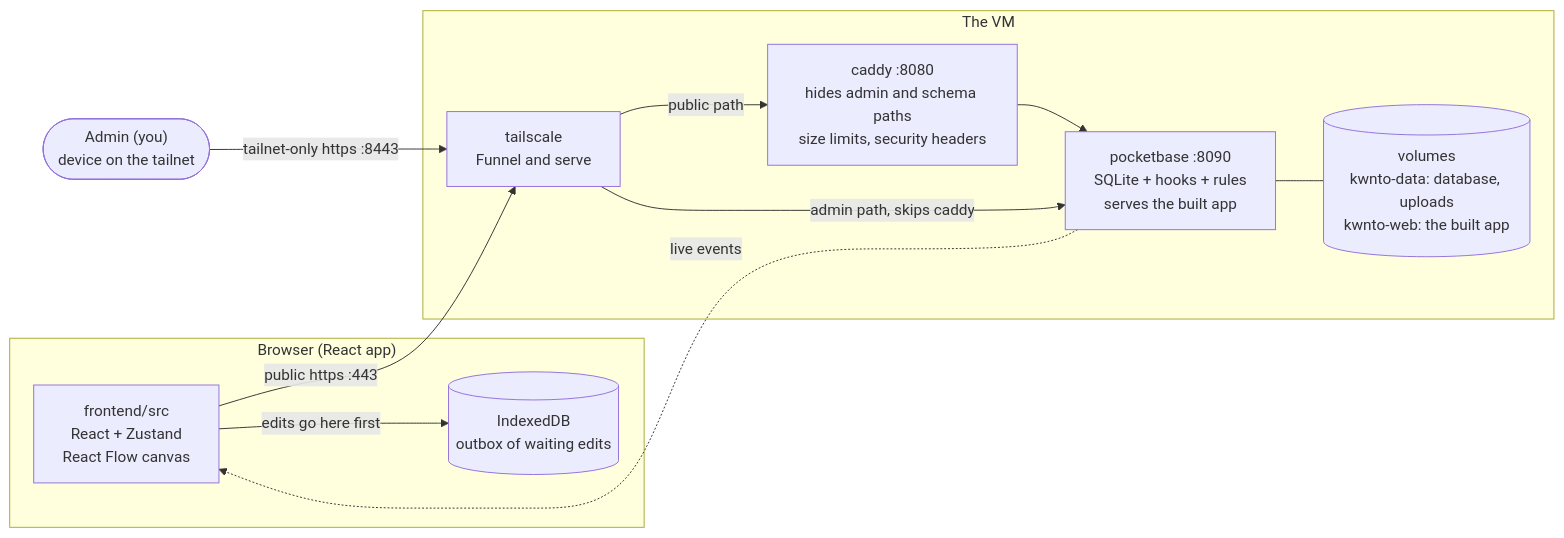
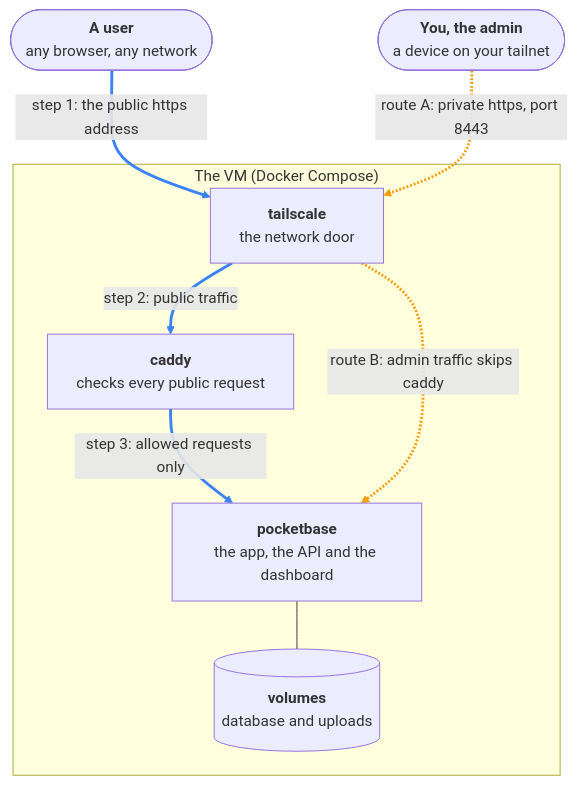
One commit to rvenkng-coder/KWNTO-code changed the first of 3 diagrams in docs/developer/architecture.md. Above: the diagram before and after it, drawn with Mermaid. The commit also changed other lines of this file, not shown here.

Commit message:
docs: draw the system from the user's and the admin's side
The system diagram now shows the two routes in different colours: a user's
requests always pass tailscale and caddy before reaching pocketbase; the
admin's route on port 8443 goes straight to pocketbase. A second diagram shows
what caddy decides for each public request. Both rendered to check them.

````diff
--- a/docs/developer/architecture.md
+++ b/docs/developer/architecture.md
@@ -7,22 +9,24 @@
 ```mermaid
-flowchart LR
-  subgraph Browser["Browser (React app)"]
-    UI["frontend/src<br/>React + Zustand<br/>React Flow canvas"]
-    OB[("IndexedDB<br/>outbox of waiting edits")]
+flowchart TB
+  User(["<b>A user</b><br/>any browser, any network"])
+  Admin(["<b>You, the admin</b><br/>a device on your tailnet"])
+
+  subgraph VM["The VM (Docker Compose)"]
+    TS["<b>tailscale</b><br/>the network door"]
+    CD["<b>caddy</b><br/>checks every public request"]
+    PB["<b>pocketbase</b><br/>the app, the API and the dashboard"]
+    DATA[("<b>volumes</b><br/>database and uploads")]
   end
-  Admin(["Admin (you)<br/>device on the tailnet"])
-  subgraph VM["The VM"]
-    TS["tailscale<br/>Funnel and serve"]
-    CD["caddy :8080<br/>hides admin and schema paths<br/>size limits, security headers"]
-    PB["pocketbase :8090<br/>SQLite + hooks + rules<br/>serves the built app"]
-    VOL[("volumes<br/>kwnto-data: database, uploads<br/>kwnto-web: the built app")]
-  end
-  UI -->|"edits go here first"| OB
-  UI -->|"public https :443"| TS
-  Admin -->|"tailnet-only https :8443"| TS
-  TS -->|"public path"| CD
-  CD --> PB
-  TS -->|"admin path, skips caddy"| PB
-  PB --- VOL
-  PB -.->|"live events"| UI
+
+  User ==>|"step 1: the public https address"| TS
+  TS ==>|"step 2: public traffic"| CD
+  CD ==>|"step 3: allowed requests only"| PB
+
+  Admin -.->|"route A: private https, port 8443"| TS
+  TS -.->|"route B: admin traffic skips caddy"| PB
+
+  PB --- DATA
+
+  linkStyle 0,1,2 stroke:#3b82f6,stroke-width:3px
+  linkStyle 3,4 stroke:#f59e0b,stroke-width:3px
 ```
````
